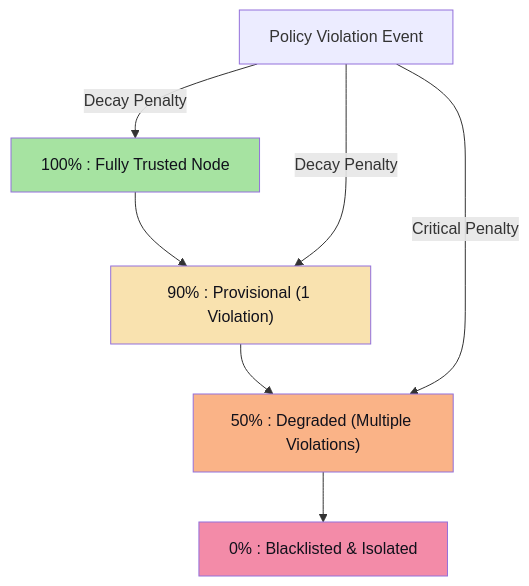
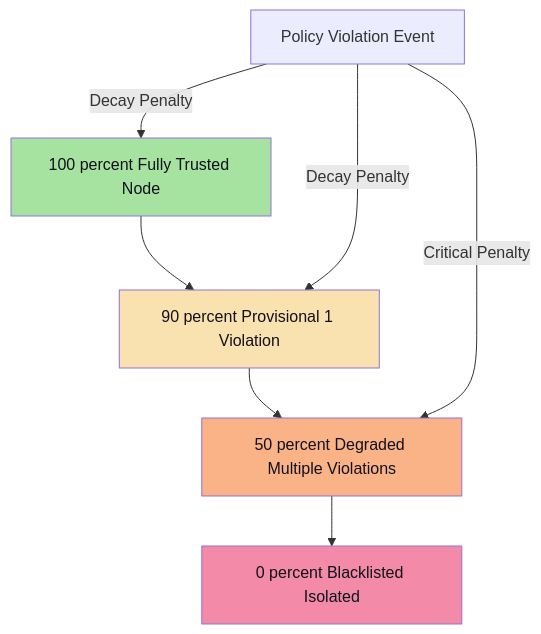
The seventh of 30 diagrams in README.md (MrDecryptDecipher/Agent-Trust), drawn with Mermaid before and after one commit. The commit also changed other lines of this file, not shown here.

````diff
--- a/README.md
+++ b/README.md
@@ -154,21 +154,21 @@
 ```mermaid
-graph TD
-    classDef tier1 fill:#a6e3a1,color:#11111b;
-    classDef tier2 fill:#f9e2af,color:#11111b;
-    classDef tier3 fill:#fab387,color:#11111b;
-    classDef tier4 fill:#f38ba8,color:#11111b;
+flowchart TD
+    classDef tier1 fill:#a6e3a1,color:#11111b
+    classDef tier2 fill:#f9e2af,color:#11111b
+    classDef tier3 fill:#fab387,color:#11111b
+    classDef tier4 fill:#f38ba8,color:#11111b
 
-    R1["100% : Fully Trusted Node"]:::tier1
-    R2["90% : Provisional (1 Violation)"]:::tier2
-    R3["50% : Degraded (Multiple Violations)"]:::tier3
-    R4["0% : Blacklisted & Isolated"]:::tier4
+    R1["100 percent Fully Trusted Node"]:::tier1
+    R2["90 percent Provisional 1 Violation"]:::tier2
+    R3["50 percent Degraded Multiple Violations"]:::tier3
+    R4["0 percent Blacklisted Isolated"]:::tier4
 
     V["Policy Violation Event"]
     
-    V -- "Decay Penalty" --> R1
+    V -->|Decay Penalty| R1
     R1 --> R2
-    V -- "Decay Penalty" --> R2
+    V -->|Decay Penalty| R2
     R2 --> R3
-    V -- "Critical Penalty" --> R3
+    V -->|Critical Penalty| R3
     R3 --> R4
 ```
````
